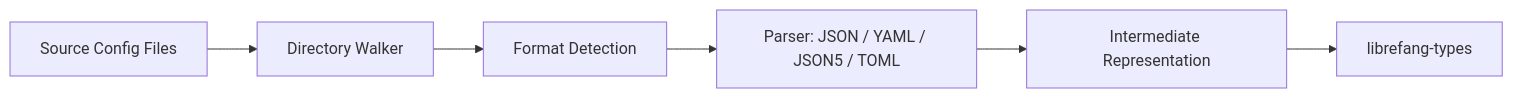
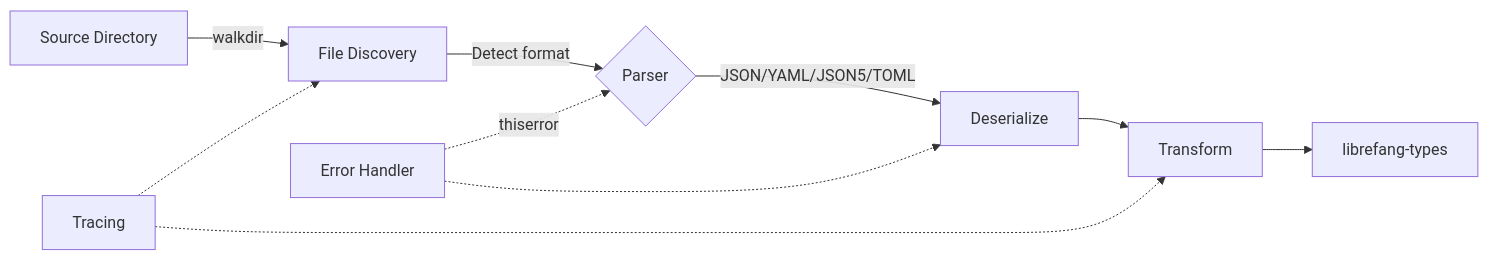
The diagram in other-librefang-import.md (leszek3737/librefang-WIki), drawn with Mermaid before and after one commit. The commit also changed other lines of this file and 119 other files, not shown here.

````diff
--- a/other-librefang-import.md
+++ b/other-librefang-import.md
@@ -13,8 +24,12 @@
 ```mermaid
 flowchart LR
-    A[Source Config Files] --> B[Directory Walker]
-    B --> C[Format Detection]
-    C --> D[Parser: JSON / YAML / JSON5 / TOML]
-    D --> E[Intermediate Representation]
+    A[Source Directory] -->|walkdir| B[File Discovery]
+    B -->|Detect format| C{Parser}
+    C -->|JSON/YAML/JSON5/TOML| D[Deserialize]
+    D --> E[Transform]
     E --> F[librefang-types]
+    G[Error Handler] -.->|thiserror| C
+    G -.-> D
+    H[Tracing] -.-> B
+    H -.-> E
 ```
````
